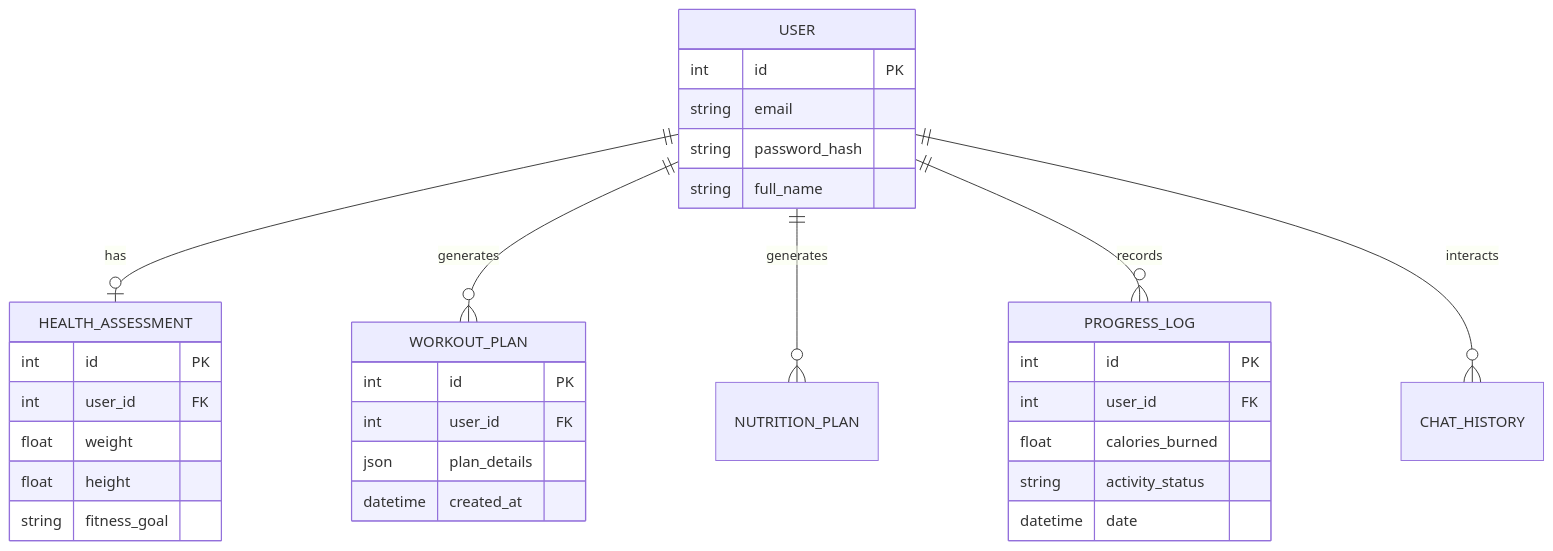
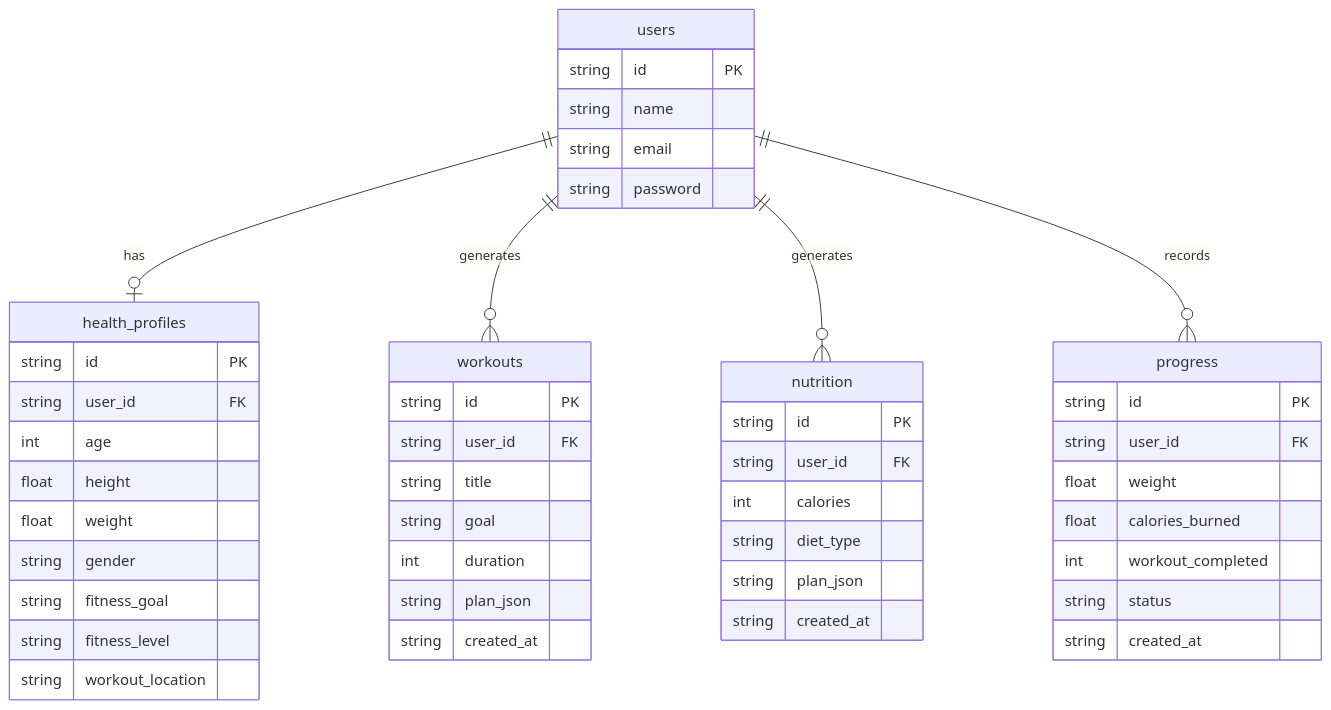
The fourth of 5 diagrams in Structure.md (shahrozebaig/ArogyaMitra), drawn with Mermaid before and after one commit. The commit also changed other lines of this file and 8 other files, not shown here.

````diff
--- a/Structure.md
+++ b/Structure.md
@@ -75,38 +75,57 @@
 ```mermaid
 erDiagram
-    USER ||--o| HEALTH_ASSESSMENT : "has"
-    USER ||--o{ WORKOUT_PLAN : "generates"
-    USER ||--o{ NUTRITION_PLAN : "generates"
-    USER ||--o{ PROGRESS_LOG : "records"
-    USER ||--o{ CHAT_HISTORY : "interacts"
+    users ||--o| health_profiles : "has"
+    users ||--o{ workouts : "generates"
+    users ||--o{ nutrition : "generates"
+    users ||--o{ progress : "records"
 
-    USER {
-        int id PK
+    users {
+        string id PK
+        string name
         string email
-        string password_hash
-        string full_name
+        string password
     }
 
-    HEALTH_ASSESSMENT {
-        int id PK
-        int user_id FK
+    health_profiles {
+        string id PK
+        string user_id FK
+        int age
+        float height
         float weight
-        float height
+        string gender
         string fitness_goal
+        string fitness_level
+        string workout_location
     }
 
-    WORKOUT_PLAN {
-        int id PK
-        int user_id FK
-        json plan_details
-        datetime created_at
+    workouts {
+        string id PK
+        string user_id FK
+        string title
+        string goal
+        int duration
+        string plan_json
+        string created_at
     }
 
-    PROGRESS_LOG {
-        int id PK
-        int user_id FK
+    nutrition {
+        string id PK
+        string user_id FK
+        int calories
+        string diet_type
+        string plan_json
+        string created_at
+    }
+
+    progress {
+        string id PK
+        string user_id FK
+        float weight
         float calories_burned
-        string activity_status
-        datetime date
+        int workout_completed
+        string status
+        string created_at
     }
+
+
 ```
````
